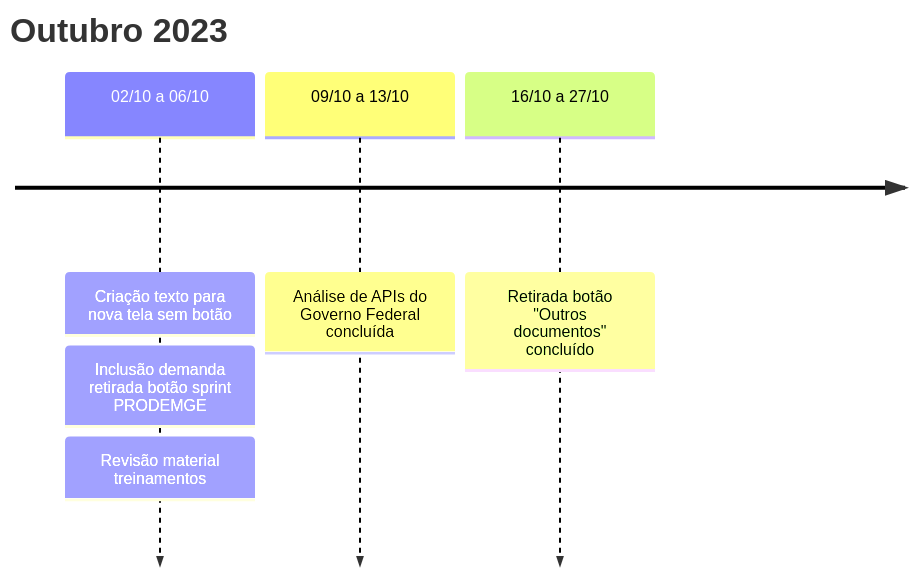
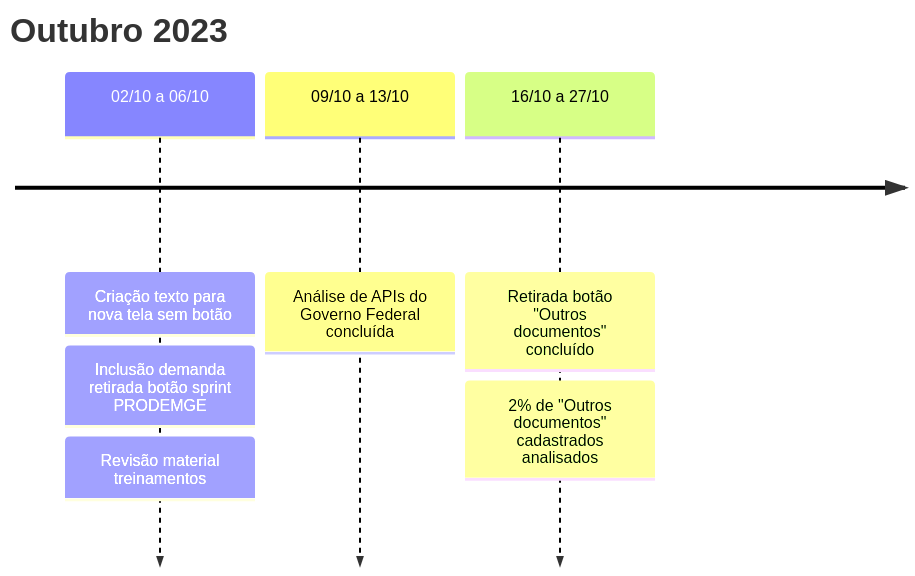
Before and after one commit to lab-mg/handbook: the third of 3 diagrams in docs/linha_do_tempo/mapa_transformacao.md, drawn with Mermaid.

Commit message:
Add percentual de outros documentos analisados

````diff
--- a/docs/linha_do_tempo/mapa_transformacao.md
+++ b/docs/linha_do_tempo/mapa_transformacao.md
@@ -45,9 +45,10 @@
 ```mermaid
 timeline
     title Outubro 2023
     02/10 a 06/10 : Criação texto para nova tela sem botão
                   : Inclusão demanda retirada botão sprint PRODEMGE
                   : Revisão material treinamentos
     09/10 a 13/10 : Análise de APIs do Governo Federal concluída
     16/10 a 27/10 : Retirada botão "Outros documentos" concluído
+                  : 2% de "Outros documentos" cadastrados analisados
 ```
````
